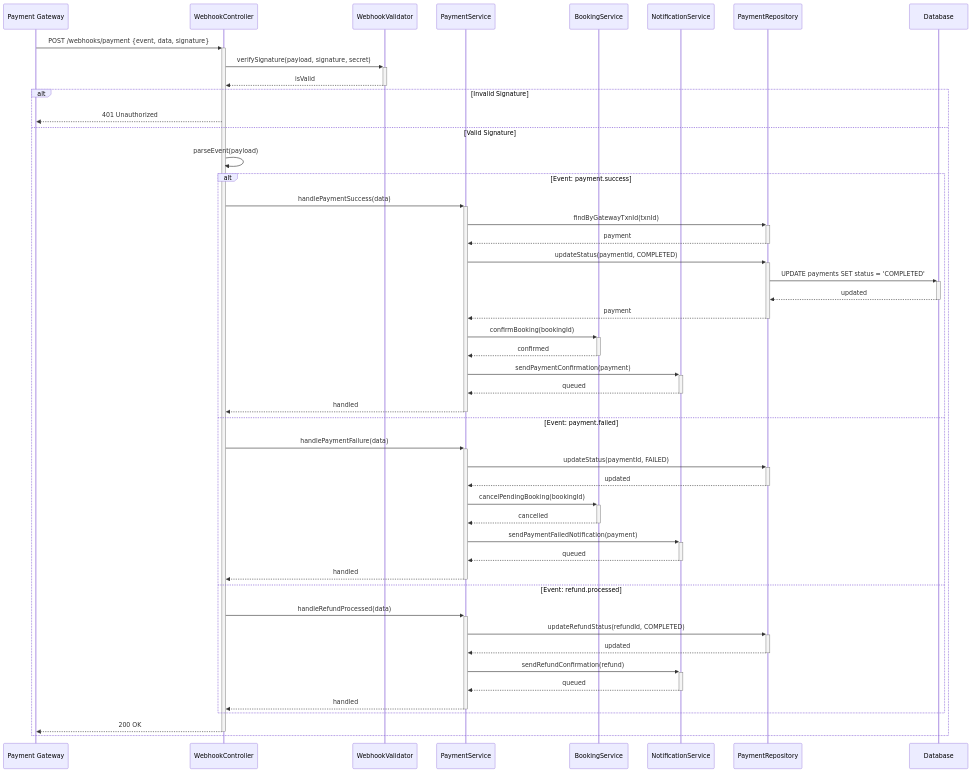
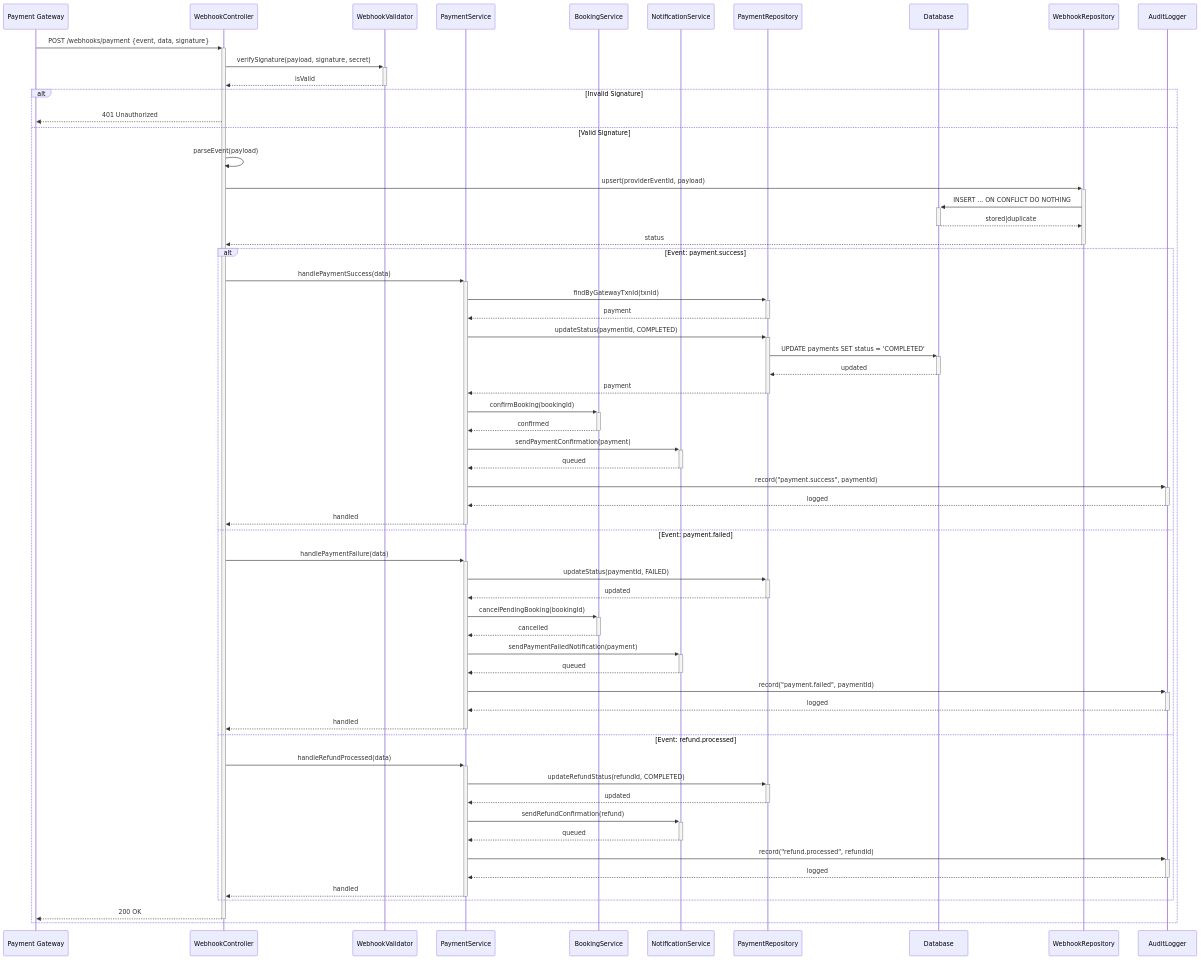
Before and after one commit to 0Ankit0/Project-Ideas: the seventh of 7 diagrams in Slot Booking System/detailed-design/sequence-diagram.md, drawn with Mermaid. The commit also changed other lines of this file and 23 other files, not shown here.

First line of the commit message:
feat: Enhance Slot Booking System documentation and architecture

````diff
--- a/Slot Booking System/detailed-design/sequence-diagram.md
+++ b/Slot Booking System/detailed-design/sequence-diagram.md
@@ -405,66 +418,78 @@
 ```mermaid
 sequenceDiagram
     participant PG as Payment Gateway
     participant WC as WebhookController
     participant WV as WebhookValidator
     participant PS as PaymentService
     participant BS as BookingService
     participant NS as NotificationService
     participant PR as PaymentRepository
     participant DB as Database
+    participant WHR as WebhookRepository
+    participant AUD as AuditLogger
     
     PG->>+WC: POST /webhooks/payment {event, data, signature}
     
     WC->>+WV: verifySignature(payload, signature, secret)
     WV-->>-WC: isValid
     
     alt Invalid Signature
         WC-->>PG: 401 Unauthorized
     else Valid Signature
         WC->>WC: parseEvent(payload)
+            WC->>+WHR: upsert(providerEventId, payload)
+            WHR->>+DB: INSERT ... ON CONFLICT DO NOTHING
+            DB-->>-WHR: stored|duplicate
+            WHR-->>-WC: status
         
         alt Event: payment.success
             WC->>+PS: handlePaymentSuccess(data)
             PS->>+PR: findByGatewayTxnId(txnId)
             PR-->>-PS: payment
             
             PS->>+PR: updateStatus(paymentId, COMPLETED)
             PR->>+DB: UPDATE payments SET status = 'COMPLETED'
             DB-->>-PR: updated
             PR-->>-PS: payment
             
             PS->>+BS: confirmBooking(bookingId)
             BS-->>-PS: confirmed
             
             PS->>+NS: sendPaymentConfirmation(payment)
             NS-->>-PS: queued
+            PS->>+AUD: record("payment.success", paymentId)
+            AUD-->>-PS: logged
             
             PS-->>-WC: handled
             
         else Event: payment.failed
             WC->>+PS: handlePaymentFailure(data)
             PS->>+PR: updateStatus(paymentId, FAILED)
             PR-->>-PS: updated
             
             PS->>+BS: cancelPendingBooking(bookingId)
             BS-->>-PS: cancelled
             
             PS->>+NS: sendPaymentFailedNotification(payment)
             NS-->>-PS: queued
+            PS->>+AUD: record("payment.failed", paymentId)
+            AUD-->>-PS: logged
             
             PS-->>-WC: handled
             
         else Event: refund.processed
             WC->>+PS: handleRefundProcessed(data)
             PS->>+PR: updateRefundStatus(refundId, COMPLETED)
             PR-->>-PS: updated
             
             PS->>+NS: sendRefundConfirmation(refund)
             NS-->>-PS: queued
+            PS->>+AUD: record("refund.processed", refundId)
+            AUD-->>-PS: logged
             
             PS-->>-WC: handled
         end
         
         WC-->>-PG: 200 OK
     end
 ```
````
